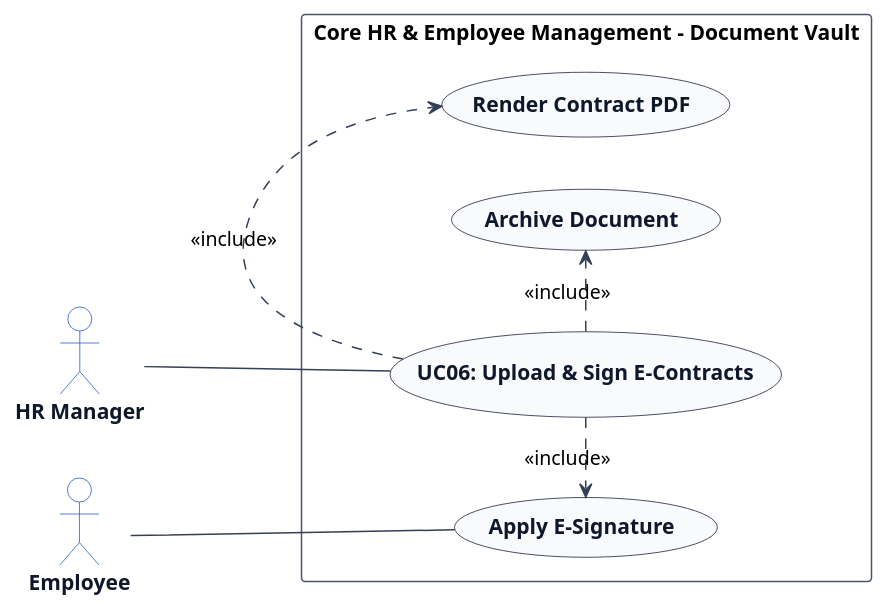
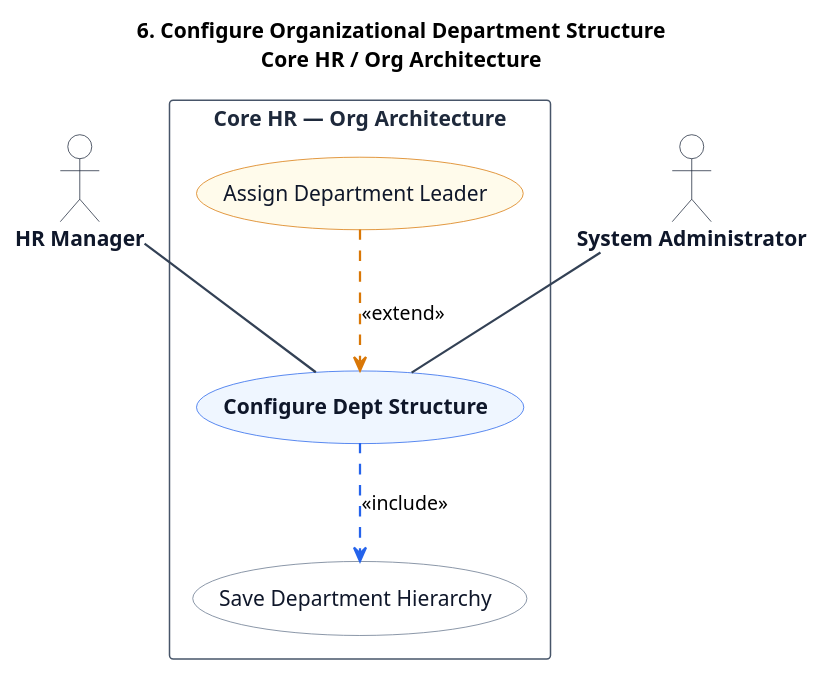
The diagram in usecase_puml/module_01_core_hr/UC06.puml (TamBui1706/HRPlatform), drawn with PlantUML before and after one commit. The commit also changed 256 other files, not shown here.

```diff
--- a/usecase_puml/module_01_core_hr/UC06.puml
+++ b/usecase_puml/module_01_core_hr/UC06.puml
@@ -1,36 +1,61 @@
 @startuml
-left to right direction
+title 6. Configure Organizational Department Structure\nCore HR / Org Architecture
+
 skinparam shadowing false
 skinparam packageStyle rectangle
 skinparam actorStyle stickman
 
-skinparam ArrowColor #334155
-skinparam ActorBorderColor #1d4ed8
+hide stereotype
+
+skinparam ActorBorderColor #1e293b
 skinparam ActorBackgroundColor #ffffff
 skinparam ActorFontColor #0f172a
 skinparam ActorFontStyle bold
 
-skinparam UsecaseBorderColor #0f172a
-skinparam UsecaseBackgroundColor #f8fafc
-skinparam UsecaseFontColor #0f172a
-skinparam UsecaseFontStyle bold
-
 skinparam RectangleBorderColor #475569
 skinparam RectangleBackgroundColor #ffffff
+skinparam RectangleFontColor #1e293b
+skinparam RectangleFontStyle bold
+
+skinparam ArrowColor #334155
+skinparam ArrowThickness 1.5
+
+skinparam usecase {
+    BackgroundColor #eff6ff
+    BorderColor #2563eb
+    FontColor #0f172a
+    FontStyle bold
+}
+
+skinparam usecase<<Inc>> {
+    BackgroundColor #ffffff
+    BorderColor #64748b
+    FontColor #0f172a
+    FontStyle normal
+}
+
+skinparam usecase<<Ext>> {
+    BackgroundColor #fffbeb
+    BorderColor #d97706
+    FontColor #0f172a
+    FontStyle normal
+}
 
 actor "HR Manager" as HRManager
-actor "Employee" as Employee
+actor "System Administrator" as SystemAdministrator
 
-rectangle "Core HR & Employee Management - Document Vault" {
-    usecase "UC06: Upload & Sign E-Contracts" as UC_Main
-    usecase "Render Contract PDF" as UC_Render
-    usecase "Apply E-Signature" as UC_Sign
-    usecase "Archive Document" as UC_Vault
+rectangle "Core HR — Org Architecture" {
+    usecase "Configure Dept Structure" as UC_Main
+
+    usecase "Save Department Hierarchy" as UC_Inc1 <<Inc>>
+
+    usecase "Assign Department Leader" as UC_Ext1 <<Ext>>
 
     HRManager -- UC_Main
-    Employee -- UC_Sign
-    UC_Main .> UC_Render : <<include>>
-    UC_Main .> UC_Sign : <<include>>
-    UC_Main .> UC_Vault : <<include>>
+    SystemAdministrator -- UC_Main
+
+    UC_Main .[#2563eb].> UC_Inc1 : <<include>>
+
+    UC_Ext1 .[#d97706].> UC_Main : <<extend>>
 }
 @enduml
```
